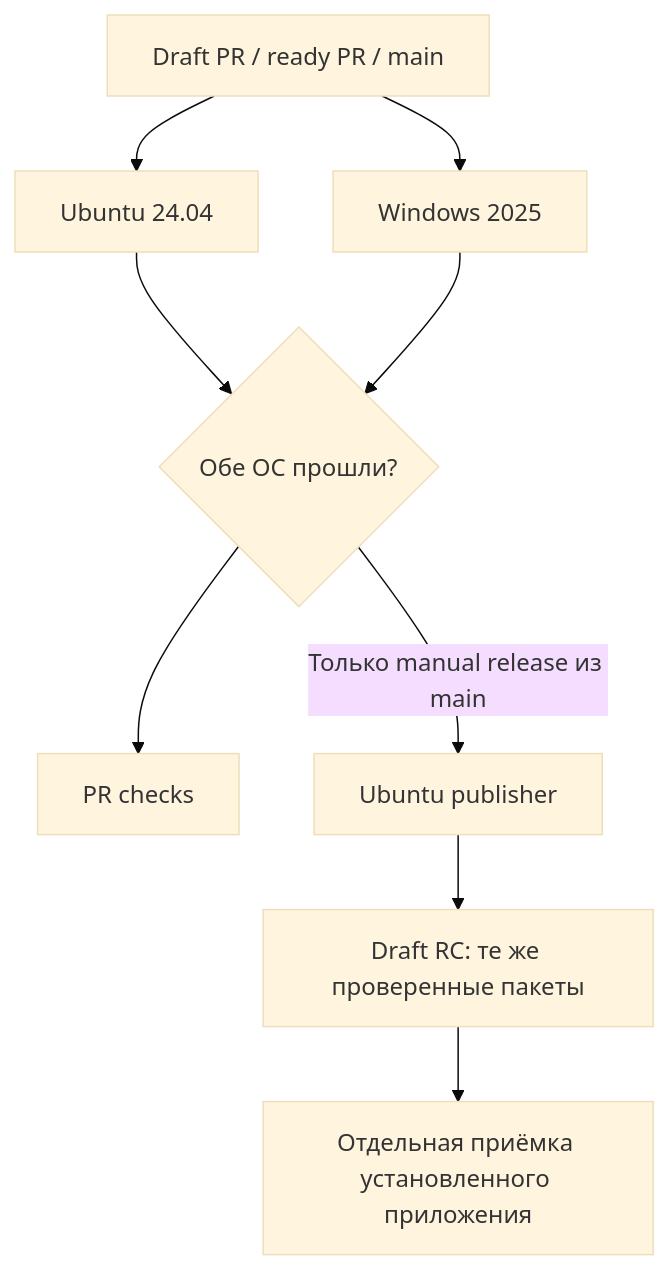
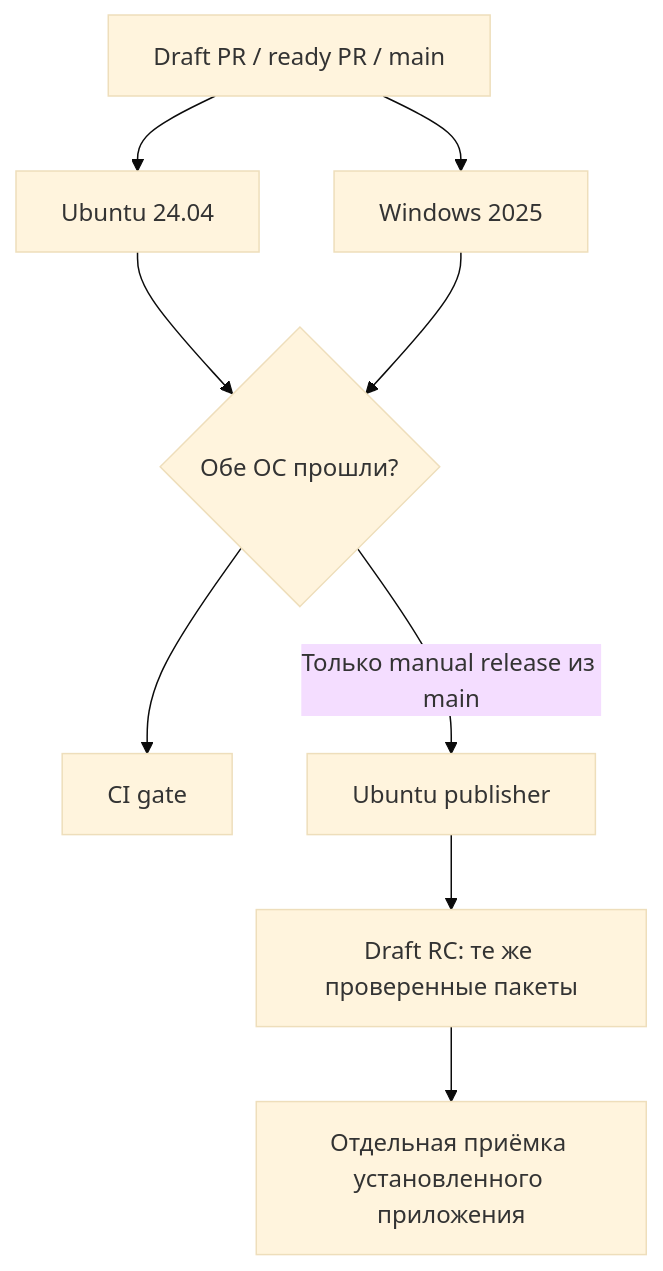
One commit to smart-tinker/rele changed the diagram in docs/CI.md. Above: the diagram before and after it, drawn with Mermaid (base theme). The commit also changed other lines of this file and 10 other files, not shown here.

````diff
--- a/docs/CI.md
+++ b/docs/CI.md
@@ -7,11 +7,11 @@
 ```mermaid
 flowchart TD
   PR[Draft PR / ready PR / main] --> L[Ubuntu 24.04]
   PR --> W[Windows 2025]
   L --> G{Обе ОС прошли?}
   W --> G
-  G --> CHECK[PR checks]
+  G --> CHECK[CI gate]
   G -->|Только manual release из main| P[Ubuntu publisher]
   P --> D[Draft RC: те же проверенные пакеты]
   D --> A[Отдельная приёмка установленного приложения]
 ```
````
